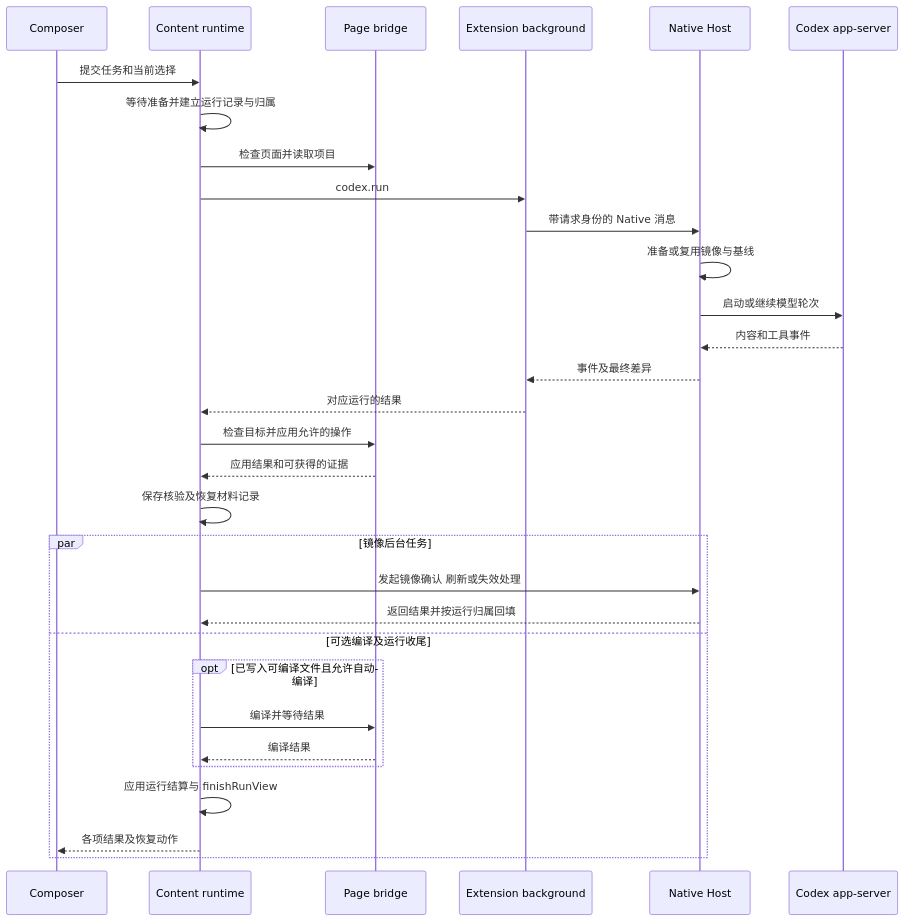
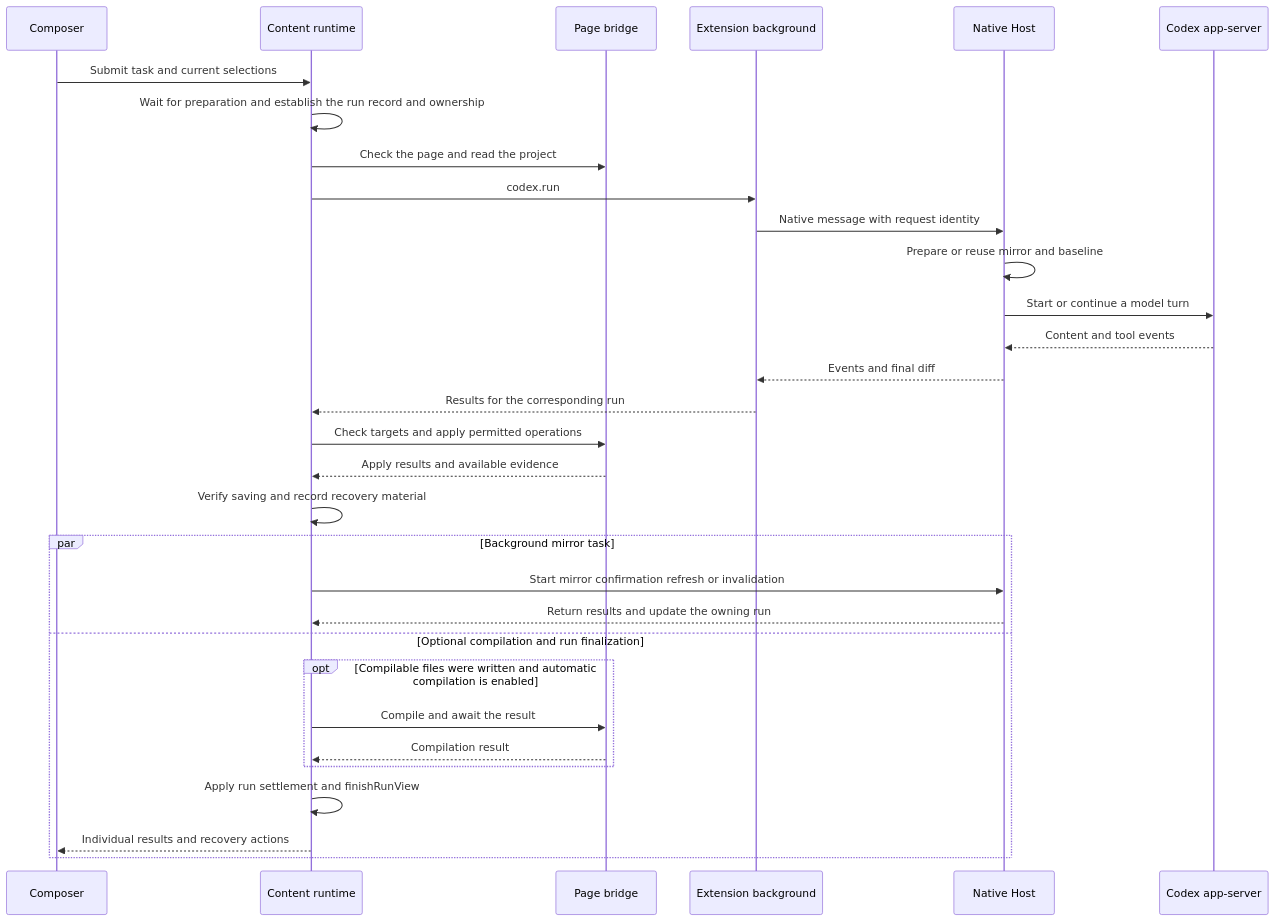
Before and after one commit to Ghqqqq/codex-overleaf-link: the second of 2 diagrams in docs/architecture/system-overview.md, drawn with Mermaid. The commit also changed other lines of this file and 14 other files, not shown here.

Commit message:
docs: translate architecture guide to English and correct navigation

````diff
--- a/docs/architecture/system-overview.md
+++ b/docs/architecture/system-overview.md
@@ -63,33 +63,33 @@
 ```mermaid
 sequenceDiagram
     participant UI as Composer
     participant C as Content runtime
     participant P as Page bridge
     participant B as Extension background
     participant N as Native Host
     participant A as Codex app-server
-    UI->>C: 提交任务和当前选择
-    C->>C: 等待准备并建立运行记录与归属
-    C->>P: 检查页面并读取项目
+    UI->>C: Submit task and current selections
+    C->>C: Wait for preparation and establish the run record and ownership
+    C->>P: Check the page and read the project
     C->>B: codex.run
-    B->>N: 带请求身份的 Native 消息
-    N->>N: 准备或复用镜像与基线
-    N->>A: 启动或继续模型轮次
-    A-->>N: 内容和工具事件
-    N-->>B: 事件及最终差异
-    B-->>C: 对应运行的结果
-    C->>P: 检查目标并应用允许的操作
-    P-->>C: 应用结果和可获得的证据
-    C->>C: 保存核验及恢复材料记录
-    par 镜像后台任务
-        C->>N: 发起镜像确认 刷新或失效处理
-        N-->>C: 返回结果并按运行归属回填
-    and 可选编译及运行收尾
-        opt 已写入可编译文件且允许自动编译
-            C->>P: 编译并等待结果
-            P-->>C: 编译结果
+    B->>N: Native message with request identity
+    N->>N: Prepare or reuse mirror and baseline
+    N->>A: Start or continue a model turn
+    A-->>N: Content and tool events
+    N-->>B: Events and final diff
+    B-->>C: Results for the corresponding run
+    C->>P: Check targets and apply permitted operations
+    P-->>C: Apply results and available evidence
+    C->>C: Verify saving and record recovery material
+    par Background mirror task
+        C->>N: Start mirror confirmation refresh or invalidation
+        N-->>C: Return results and update the owning run
+    and Optional compilation and run finalization
+        opt Compilable files were written and automatic compilation is enabled
+            C->>P: Compile and await the result
+            P-->>C: Compilation result
         end
-        C->>C: 应用运行结算与 finishRunView
-        C-->>UI: 各项结果及恢复动作
+        C->>C: Apply run settlement and finishRunView
+        C-->>UI: Individual results and recovery actions
     end
 ```
````
